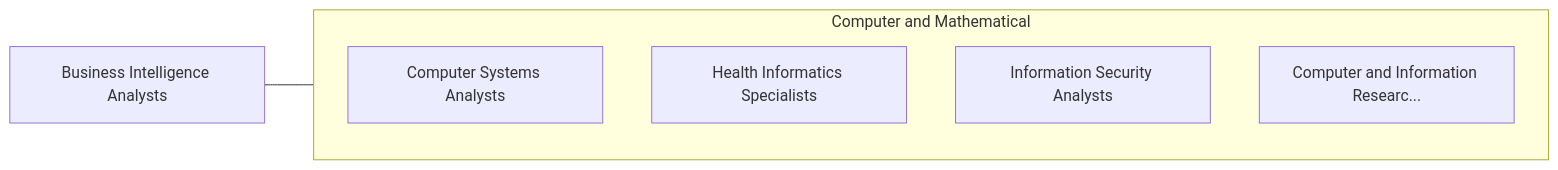
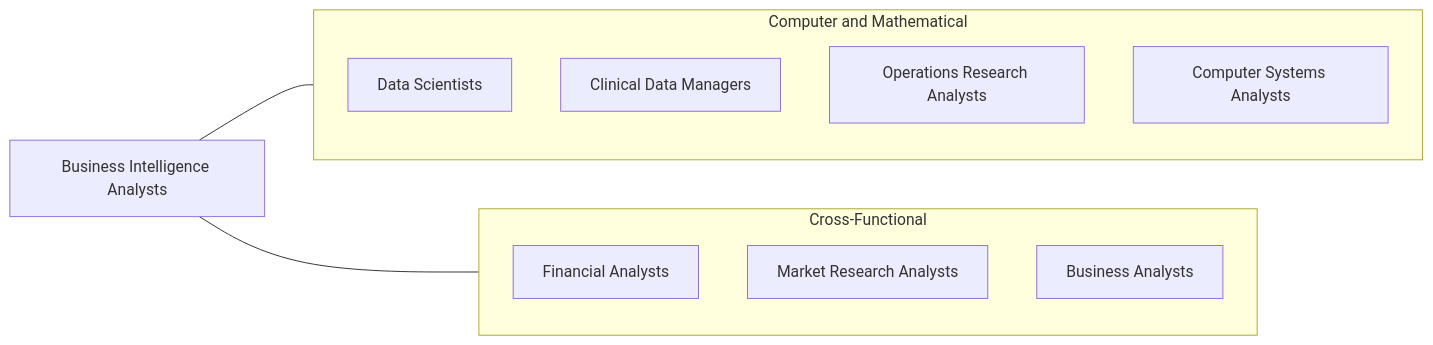
Before and after one commit to kziemski/business.org.ai: the third of 4 diagrams in occupations/Technology/BusinessIntelligenceAnalysts.mdx, drawn with Mermaid. The commit also changed other lines of this file and 938 other files, not shown here.

````diff
--- a/occupations/Technology/BusinessIntelligenceAnalysts.mdx
+++ b/occupations/Technology/BusinessIntelligenceAnalysts.mdx
@@ -122,13 +182,20 @@
 ```mermaid
 graph LR
     Current["Business Intelligence Analysts"]
 
     subgraph SameCategory["Computer and Mathematical"]
-        ComputerSystemsAnaly["Computer Systems Analysts"]
-        HealthInformaticsSpe["Health Informatics Specialists"]
-        InformationSecurityA["Information Security Analysts"]
-        ComputerAndInformati["Computer and Information Researc..."]
+        DS["Data Scientists"]
+        CDM["Clinical Data Managers"]
+        ORA["Operations Research Analysts"]
+        CSA["Computer Systems Analysts"]
+    end
+
+    subgraph CrossFunctional["Cross-Functional"]
+        FA["Financial Analysts"]
+        MA["Market Research Analysts"]
+        BA["Business Analysts"]
     end
 
     Current --- SameCategory
+    Current --- CrossFunctional
 ```
````
